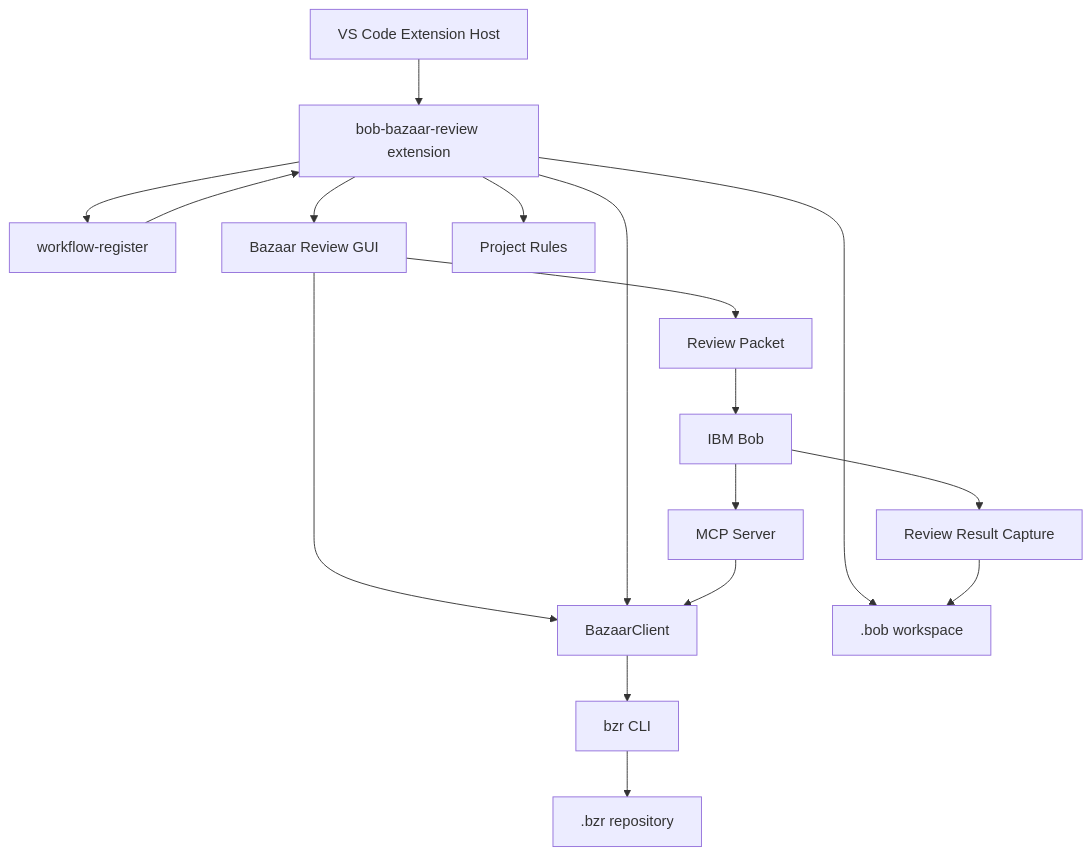
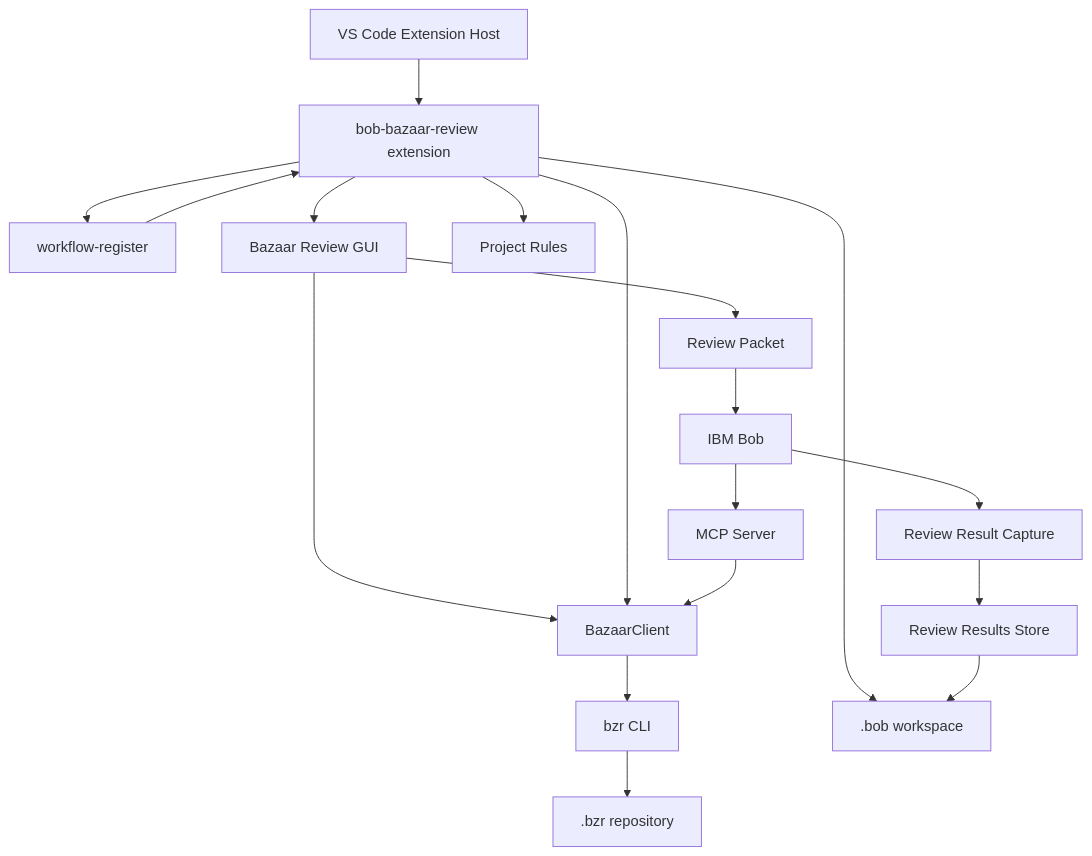
The diagram in v2/extensions/bob-bazaar-review/docs/basic-design-ja.md (katamor1/CUSTUM_MODE), drawn with Mermaid before and after one commit. The commit also changed other lines of this file and 59 other files, not shown here.

````diff
--- a/v2/extensions/bob-bazaar-review/docs/basic-design-ja.md
+++ b/v2/extensions/bob-bazaar-review/docs/basic-design-ja.md
@@ -65,33 +68,35 @@
 ```mermaid
 flowchart TD
   VSCode[VS Code Extension Host]
   Bob[IBM Bob]
   WF[workflow-register]
   GUI[Bazaar Review GUI]
   Ext[bob-bazaar-review extension]
   Bzr[BazaarClient]
   BzrCLI[bzr CLI]
   Packet[Review Packet]
   BobRoot[.bob workspace]
   BzrRoot[.bzr repository]
   Rules[Project Rules]
   Capture[Review Result Capture]
+  Store[Review Results Store]
   MCP[MCP Server]
 
   VSCode --> Ext
   Ext --> GUI
   Ext --> WF
   WF --> Ext
   GUI --> Bzr
   Ext --> Bzr
   MCP --> Bzr
   Bzr --> BzrCLI
   BzrCLI --> BzrRoot
   Ext --> BobRoot
   Ext --> Rules
   GUI --> Packet
   Packet --> Bob
   Bob --> Capture
-  Capture --> BobRoot
+  Capture --> Store
+  Store --> BobRoot
   Bob --> MCP
 ```
````
